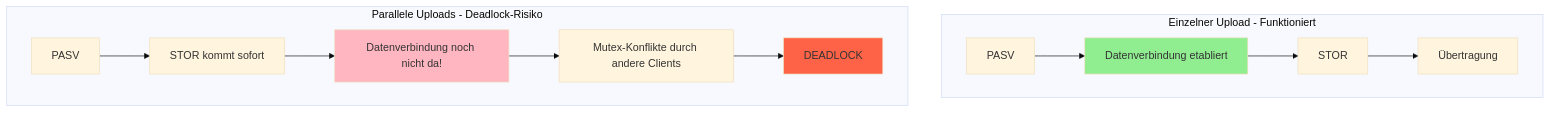
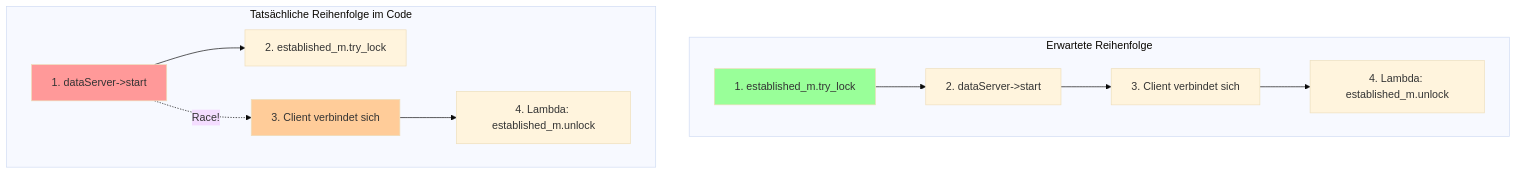
Diagram 15 of 17 in src/ftp/issue-14/ANALYSE.md (nilshenrich/TCP_ServerClient), drawn with Mermaid (base theme) before and after one commit. The commit also changed other lines of this file and 1 other file, not shown here.

Commit message:
Analysis update: Mind shared lock

````diff
--- a/src/ftp/issue-14/ANALYSE.md
+++ b/src/ftp/issue-14/ANALYSE.md
@@ -380,18 +501,24 @@
 ```mermaid
 flowchart TD
-    subgraph Einzeln[Einzelner Upload - Funktioniert]
-        S1[PASV] --> S2[Datenverbindung etabliert]
-        S2 --> S3[STOR]
-        S3 --> S4[Übertragung]
-        style S2 fill:#90EE90
+    subgraph Richtige_Reihenfolge[Erwartete Reihenfolge]
+        R1[1. established_m.try_lock]
+        R2[2. dataServer->start]
+        R3[3. Client verbindet sich]
+        R4[4. Lambda: established_m.unlock]
+        R1 --> R2 --> R3 --> R4
     end
 
-    subgraph Parallel[Parallele Uploads - Deadlock-Risiko]
-        P1[PASV] --> P2[STOR kommt sofort]
-        P2 --> P3[Datenverbindung noch nicht da!]
-        P3 --> P4[Mutex-Konflikte durch andere Clients]
-        P4 --> P5[DEADLOCK]
-        style P3 fill:#FFB6C1
-        style P5 fill:#FF6347
+    subgraph Tatsächliche_Reihenfolge[Tatsächliche Reihenfolge im Code]
+        T1[1. dataServer->start]
+        T2[2. established_m.try_lock]
+        T3[3. Client verbindet sich]
+        T4[4. Lambda: established_m.unlock]
+        T1 --> T2
+        T1 -.->|Race!| T3
+        T3 --> T4
     end
+
+    style R1 fill:#99ff99
+    style T1 fill:#ff9999
+    style T3 fill:#ffcc99
 ```
````
